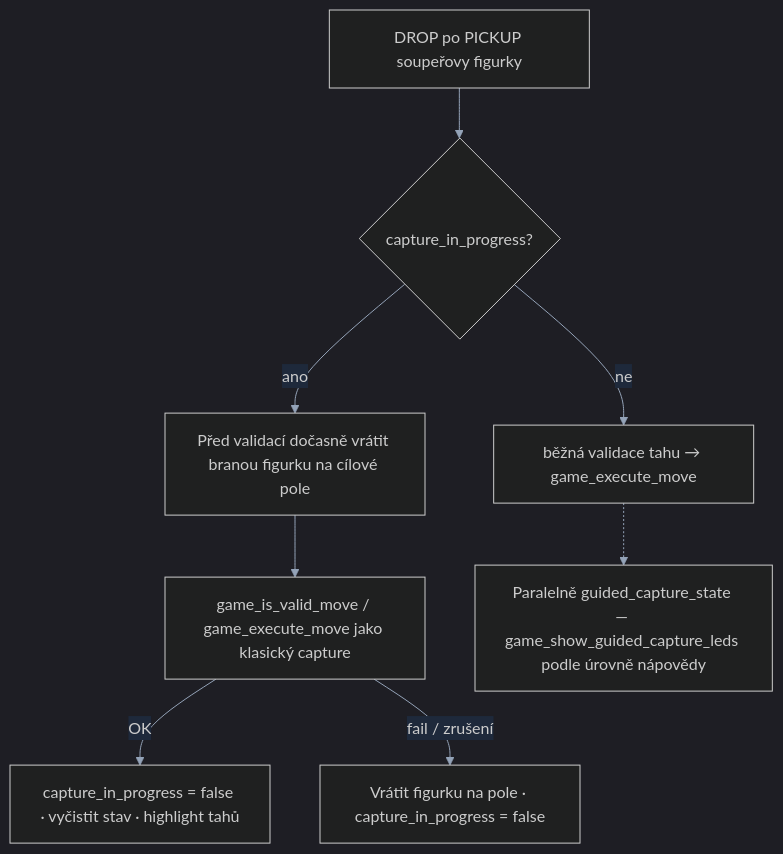
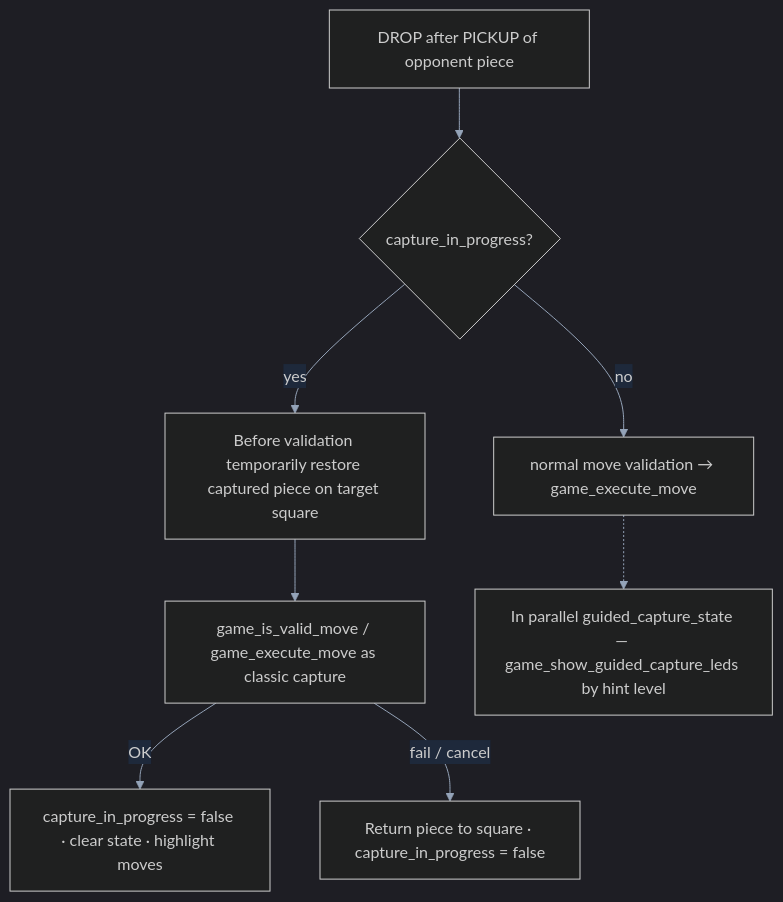
The diagram in docs/diagrams/sources/chess_flow_guided_capture.mmd (AlfredKrutina/chess_esp32_c6_devkit), drawn with Mermaid before and after one commit. The commit also changed 372 other files, not shown here.

```diff
--- a/docs/diagrams/sources/chess_flow_guided_capture.mmd
+++ b/docs/diagrams/sources/chess_flow_guided_capture.mmd
@@ -1,13 +1,13 @@
-%% Braní figurky na fyzické desce — rozšířený tok game_process_drop_command / game_task.c
+%% Capturing a piece on the physical board — extended flow game_process_drop_command / game_task.c
 %%{init: {'theme':'dark','themeVariables':{'fontFamily':'system-ui,sans-serif','clusterBkg':'#0f172a','clusterBorder':'#334155','lineColor':'#94a3b8','primaryTextColor':'#f1f5f9','edgeLabelBackground':'#1e293b','titleColor':'#f8fafc'}}}%%
 flowchart TD
-  A[DROP po PICKUP soupeřovy figurky] --> B{capture_in_progress?}
+  A[DROP after PICKUP of opponent piece] --> B{capture_in_progress?}
 
-  B -->|ne| NORM[běžná validace tahu → game_execute_move]
-  B -->|ano| C[Před validací dočasně vrátit branou figurku na cílové pole]
+  B -->|no| NORM[normal move validation → game_execute_move]
+  B -->|yes| C[Before validation temporarily restore captured piece on target square]
 
-  C --> D[game_is_valid_move / game_execute_move jako klasický capture]
-  D -->|OK| E[capture_in_progress = false · vyčistit stav · highlight tahů]
-  D -->|fail / zrušení| F[Vrátit figurku na pole · capture_in_progress = false]
+  C --> D[game_is_valid_move / game_execute_move as classic capture]
+  D -->|OK| E[capture_in_progress = false · clear state · highlight moves]
+  D -->|fail / cancel| F[Return piece to square · capture_in_progress = false]
 
-  NORM -.-> GNOTE[Paralelně guided_capture_state — game_show_guided_capture_leds podle úrovně nápovědy]
+  NORM -.-> GNOTE[In parallel guided_capture_state — game_show_guided_capture_leds by hint level]
```
